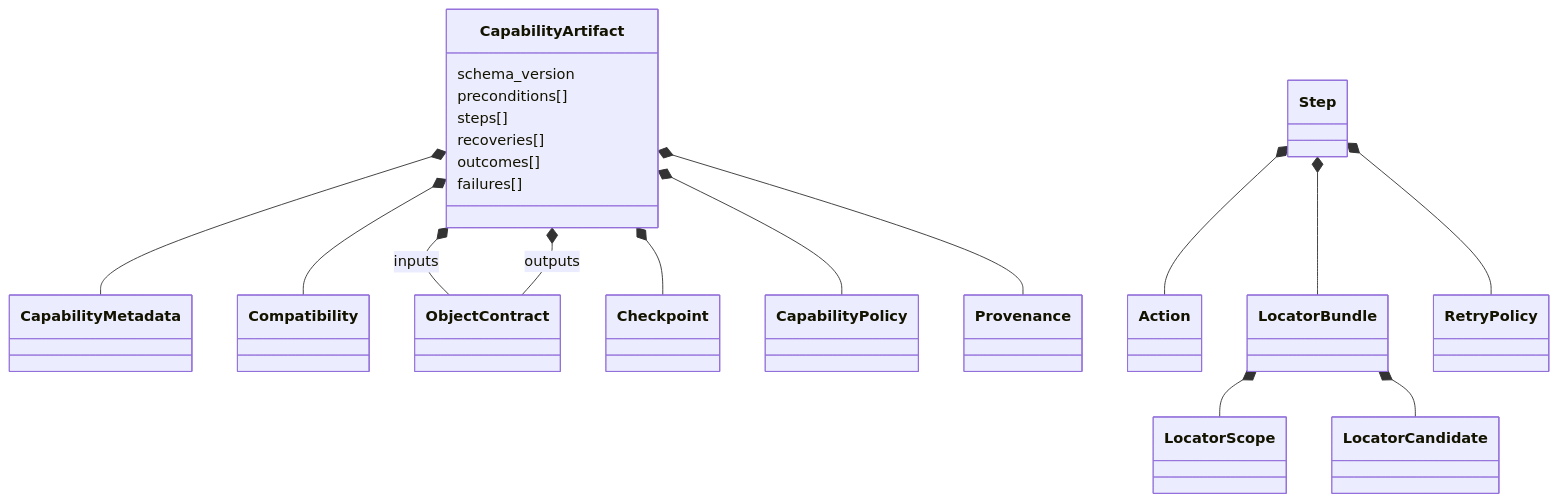
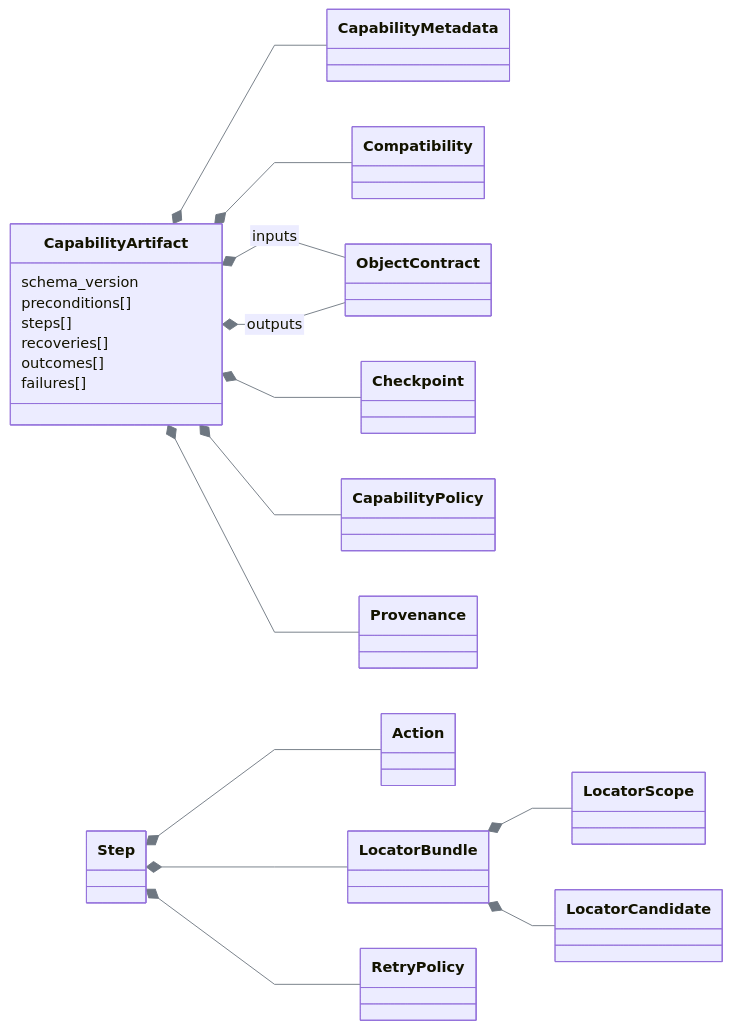
The second of 6 diagrams in docs/data-models.md (SivaTSS/replay-forge), drawn with Mermaid before and after one commit. The commit also changed other lines of this file and 7 other files, not shown here.

Commit message:
docs: standardize Mermaid diagrams

````diff
--- a/docs/data-models.md
+++ b/docs/data-models.md
@@ -44,23 +45,26 @@
 ```mermaid
+%%{init: {"htmlLabels":false,"themeVariables":{"lineColor":"#6E7781","signalColor":"#6E7781"},"flowchart":{"curve":"linear"},"sequence":{"wrap":true}}}%%
 classDiagram
+    direction LR
     class CapabilityArtifact {
       schema_version
       preconditions[]
       steps[]
       recoveries[]
       outcomes[]
       failures[]
     }
     CapabilityArtifact *-- CapabilityMetadata
     CapabilityArtifact *-- Compatibility
     CapabilityArtifact *-- ObjectContract : inputs
     CapabilityArtifact *-- ObjectContract : outputs
     CapabilityArtifact *-- Checkpoint
     CapabilityArtifact *-- CapabilityPolicy
     CapabilityArtifact *-- Provenance
     Step *-- Action
     Step *-- LocatorBundle
     Step *-- RetryPolicy
     LocatorBundle *-- LocatorScope
     LocatorBundle *-- LocatorCandidate
+
 ```
````
